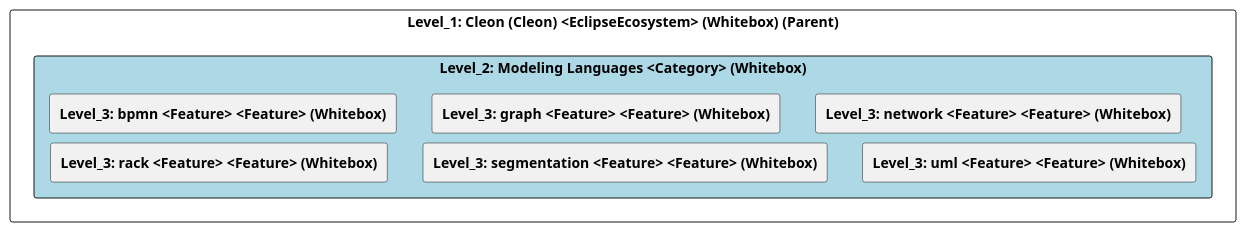
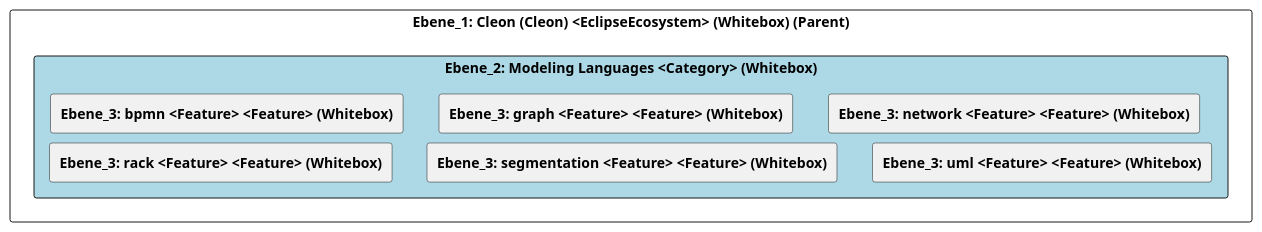
One commit to marcozwyssig/cleon changed the diagram in doc/cleonproject_deliverables_architecture_model_architecture/adoc/de/05_bausteinsicht/cleon/modeling_languages/ebene_2_modeling languages.adoc. Above: the diagram before and after it, drawn with PlantUML. The commit also changed other lines of this file and 258 other files, not shown here.

```diff
--- a/doc/cleonproject_deliverables_architecture_model_architecture/adoc/de/05_bausteinsicht/cleon/modeling_languages/ebene_2_modeling languages.adoc
+++ b/doc/cleonproject_deliverables_architecture_model_architecture/adoc/de/05_bausteinsicht/cleon/modeling_languages/ebene_2_modeling languages.adoc
@@ -24,29 +24,29 @@
-[plantuml, Level_2: Modeling Languages <Category> (Whitebox)BlockOverview, format="svg"]
+[plantuml, Ebene_2: Modeling Languages <Category> (Whitebox)BlockOverview, format="svg"]
 ----
-@startuml Level_2: Modeling Languages <Category> (Whitebox)BuildingBlockOverview
+@startuml Ebene_2: Modeling Languages <Category> (Whitebox)BuildingBlockOverview
 
 skinparam ranksep 10
 skinparam componentStyle rectangle
 skinparam shadowing false
 skinparam arrowColor lightblue
 skinparam arrowThickness 1.2
 skinparam rectangle {
   BackgroundColor White
   BorderColor #333
   RoundCorner 10
 }
 top to bottom direction
 
-component "Level_1: Cleon (Cleon) <EclipseEcosystem> (Whitebox) (Parent)" {
-    component "Level_2: Modeling Languages <Category> (Whitebox)" #lightblue {
-        [**Level_3: bpmn <Feature> <Feature> (Whitebox)**] as 49057F38_D579_11EE_903E_9F564E4DE07E
-        [**Level_3: graph <Feature> <Feature> (Whitebox)**] as 4905A651_D579_11EE_903E_9F564E4DE07E
-        [**Level_3: network <Feature> <Feature> (Whitebox)**] as 49055821_D579_11EE_903E_9F564E4DE07E
-        [**Level_3: rack <Feature> <Feature> (Whitebox)**] as 4905A653_D579_11EE_903E_9F564E4DE07E
-        [**Level_3: segmentation <Feature> <Feature> (Whitebox)**] as 49057F37_D579_11EE_903E_9F564E4DE07E
-        [**Level_3: uml <Feature> <Feature> (Whitebox)**] as 49057F3A_D579_11EE_903E_9F564E4DE07E
+component "Ebene_1: Cleon (Cleon) <EclipseEcosystem> (Whitebox) (Parent)" {
+    component "Ebene_2: Modeling Languages <Category> (Whitebox)" #lightblue {
+        [**Ebene_3: bpmn <Feature> <Feature> (Whitebox)**] as 49057F38_D579_11EE_903E_9F564E4DE07E
+        [**Ebene_3: graph <Feature> <Feature> (Whitebox)**] as 4905A651_D579_11EE_903E_9F564E4DE07E
+        [**Ebene_3: network <Feature> <Feature> (Whitebox)**] as 49055821_D579_11EE_903E_9F564E4DE07E
+        [**Ebene_3: rack <Feature> <Feature> (Whitebox)**] as 4905A653_D579_11EE_903E_9F564E4DE07E
+        [**Ebene_3: segmentation <Feature> <Feature> (Whitebox)**] as 49057F37_D579_11EE_903E_9F564E4DE07E
+        [**Ebene_3: uml <Feature> <Feature> (Whitebox)**] as 49057F3A_D579_11EE_903E_9F564E4DE07E
     }
 }
 
 @enduml
 ----
```
